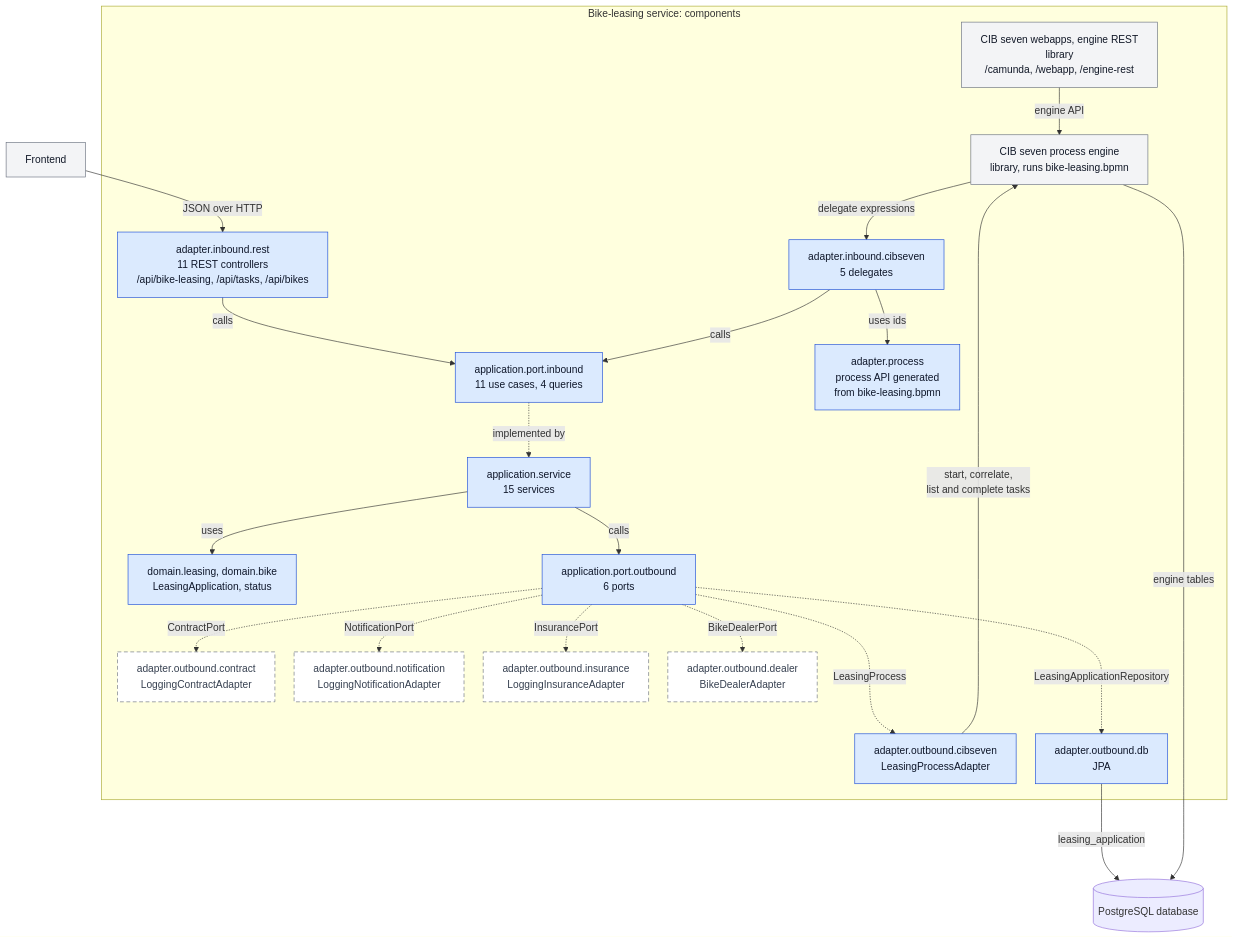
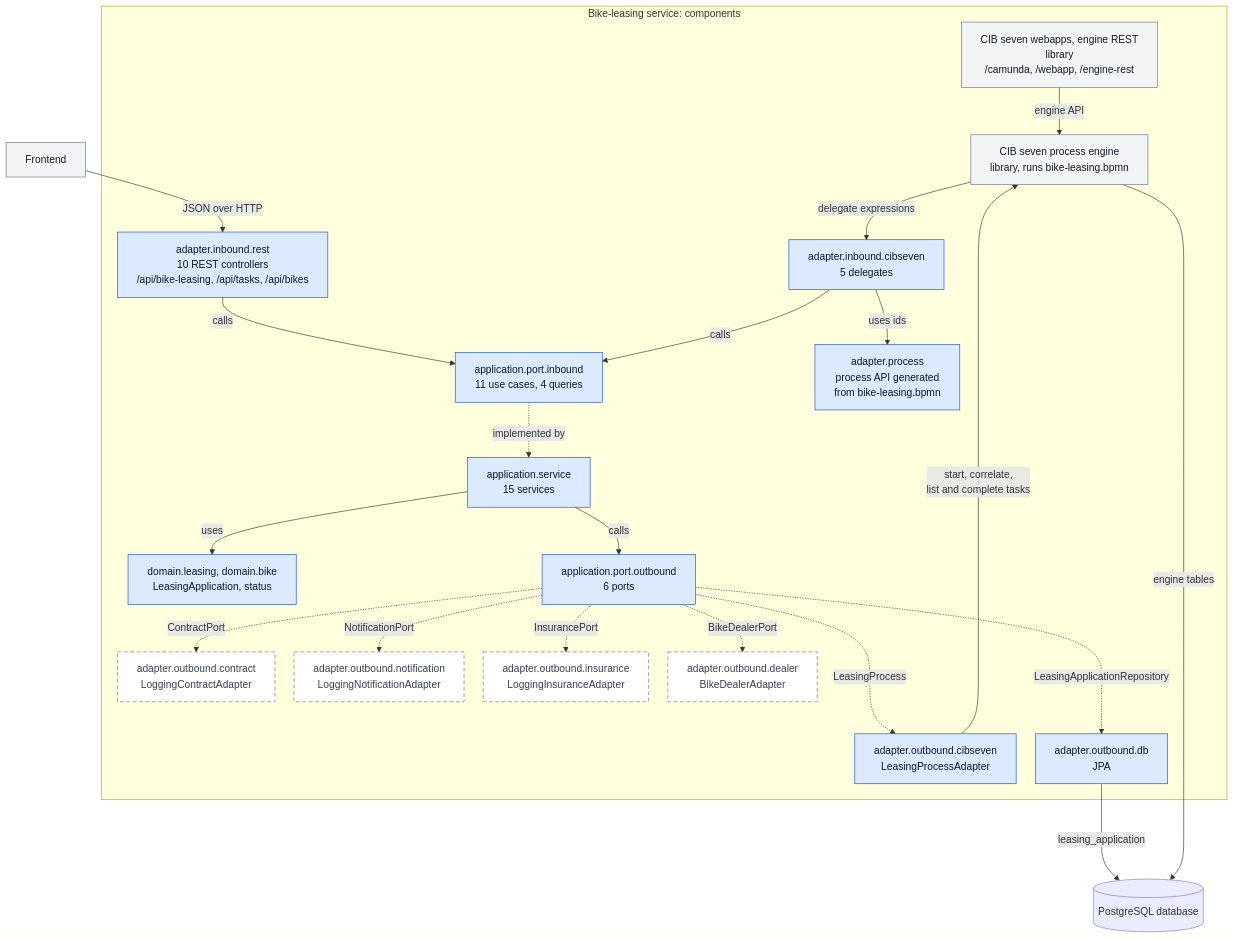
The second of 2 diagrams in docs/architecture/c4-container.md (Miragon/miragon-ai-example), drawn with Mermaid before and after one commit. The commit also changed other lines of this file and 13 other files, not shown here.

````diff
--- a/docs/architecture/c4-container.md
+++ b/docs/architecture/c4-container.md
@@ -90,49 +90,49 @@
 ```mermaid
 %%{init: {"flowchart": {"wrappingWidth": 300, "nodeSpacing": 30}}}%%
 flowchart TB
   subgraph service["Bike-leasing service: components"]
     webapps["CIB seven webapps, engine REST<br/>library<br/>/camunda, /webapp, /engine-rest"]
-    rest["adapter.inbound.rest<br/>11 REST controllers<br/>/api/bike-leasing, /api/tasks, /api/bikes"]
+    rest["adapter.inbound.rest<br/>10 REST controllers<br/>/api/bike-leasing, /api/tasks, /api/bikes"]
     engine["CIB seven process engine<br/>library, runs bike-leasing.bpmn"]
     delegates["adapter.inbound.cibseven<br/>5 delegates"]
     inPorts["application.port.inbound<br/>11 use cases, 4 queries"]
     processApi["adapter.process<br/>process API generated<br/>from bike-leasing.bpmn"]
     services["application.service<br/>15 services"]
     domain["domain.leasing, domain.bike<br/>LeasingApplication, status"]
     outPorts["application.port.outbound<br/>6 ports"]
     processAdapter["adapter.outbound.cibseven<br/>LeasingProcessAdapter"]
     db["adapter.outbound.db<br/>JPA"]
     contractAdapter["adapter.outbound.contract<br/>LoggingContractAdapter"]
     notificationAdapter["adapter.outbound.notification<br/>LoggingNotificationAdapter"]
     insuranceAdapter["adapter.outbound.insurance<br/>LoggingInsuranceAdapter"]
     dealerAdapter["adapter.outbound.dealer<br/>BikeDealerAdapter"]
   end
   frontend["Frontend"]
   database[("PostgreSQL database")]
 
   frontend -->|"JSON over HTTP"| rest
   webapps -->|"engine API"| engine
   engine -->|"delegate expressions"| delegates
   rest -->|"calls"| inPorts
   delegates -->|"calls"| inPorts
   delegates -->|"uses ids"| processApi
   inPorts -.->|"implemented by"| services
   services -->|"uses"| domain
   services -->|"calls"| outPorts
   outPorts -..->|"LeasingProcess"| processAdapter
   outPorts -..->|"LeasingApplicationRepository"| db
   outPorts -.->|"ContractPort"| contractAdapter
   outPorts -.->|"NotificationPort"| notificationAdapter
   outPorts -.->|"InsurancePort"| insuranceAdapter
   outPorts -.->|"BikeDealerPort"| dealerAdapter
   processAdapter -->|"start, correlate,<br/>list and complete tasks"| engine
   db --->|"leasing_application"| database
   engine -->|"engine tables"| database
 
   classDef pkg fill:#dbeafe,stroke:#1d4ed8,color:#0f172a
   classDef library fill:#f3f4f6,stroke:#6b7280,color:#111827
   classDef simulated fill:#ffffff,stroke:#6b7280,stroke-dasharray:6 4,color:#374151
   class rest,delegates,inPorts,processApi,services,domain,outPorts,processAdapter,db pkg
   class webapps,engine,frontend library
   class contractAdapter,notificationAdapter,insuranceAdapter,dealerAdapter simulated
 ```
````
